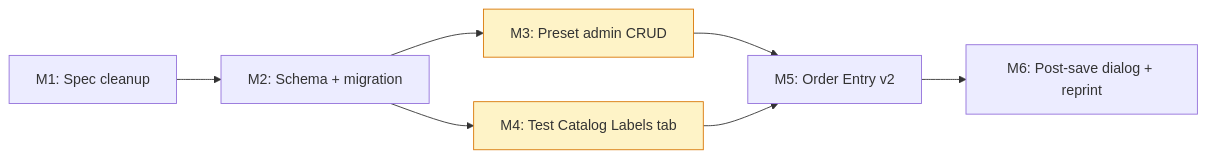
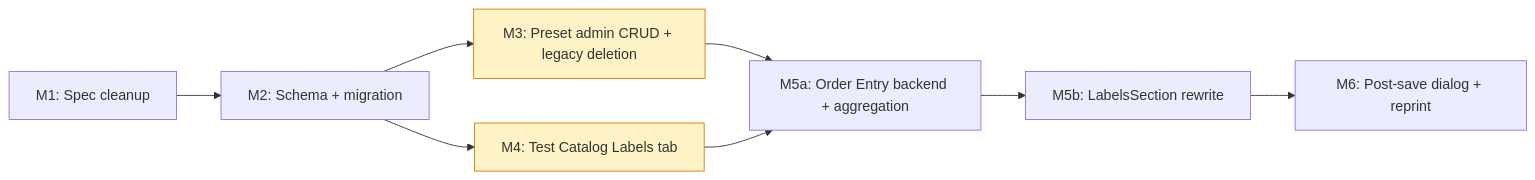
Before and after one commit to DIGI-UW/OpenELIS-Global-2: the diagram in specs/OGC-285-barcode-label-presets/plan.md, drawn with Mermaid. The commit also changed other lines of this file and 6 other files, not shown here.

````diff
--- a/specs/OGC-285-barcode-label-presets/plan.md
+++ b/specs/OGC-285-barcode-label-presets/plan.md
@@ -159,12 +168,13 @@
 ```mermaid
 graph LR
     M1[M1: Spec cleanup] --> M2[M2: Schema + migration]
-    M2 --> M3[M3: Preset admin CRUD]
+    M2 --> M3[M3: Preset admin CRUD + legacy deletion]
     M2 --> M4[M4: Test Catalog Labels tab]
-    M3 --> M5[M5: Order Entry v2]
-    M4 --> M5
-    M5 --> M6[M6: Post-save dialog + reprint]
+    M3 --> M5a[M5a: Order Entry backend + aggregation]
+    M4 --> M5a
+    M5a --> M5b[M5b: LabelsSection rewrite]
+    M5b --> M6[M6: Post-save dialog + reprint]
 
     classDef parallel fill:#fef3c7,stroke:#d97706
     class M3,M4 parallel
 ```
````
